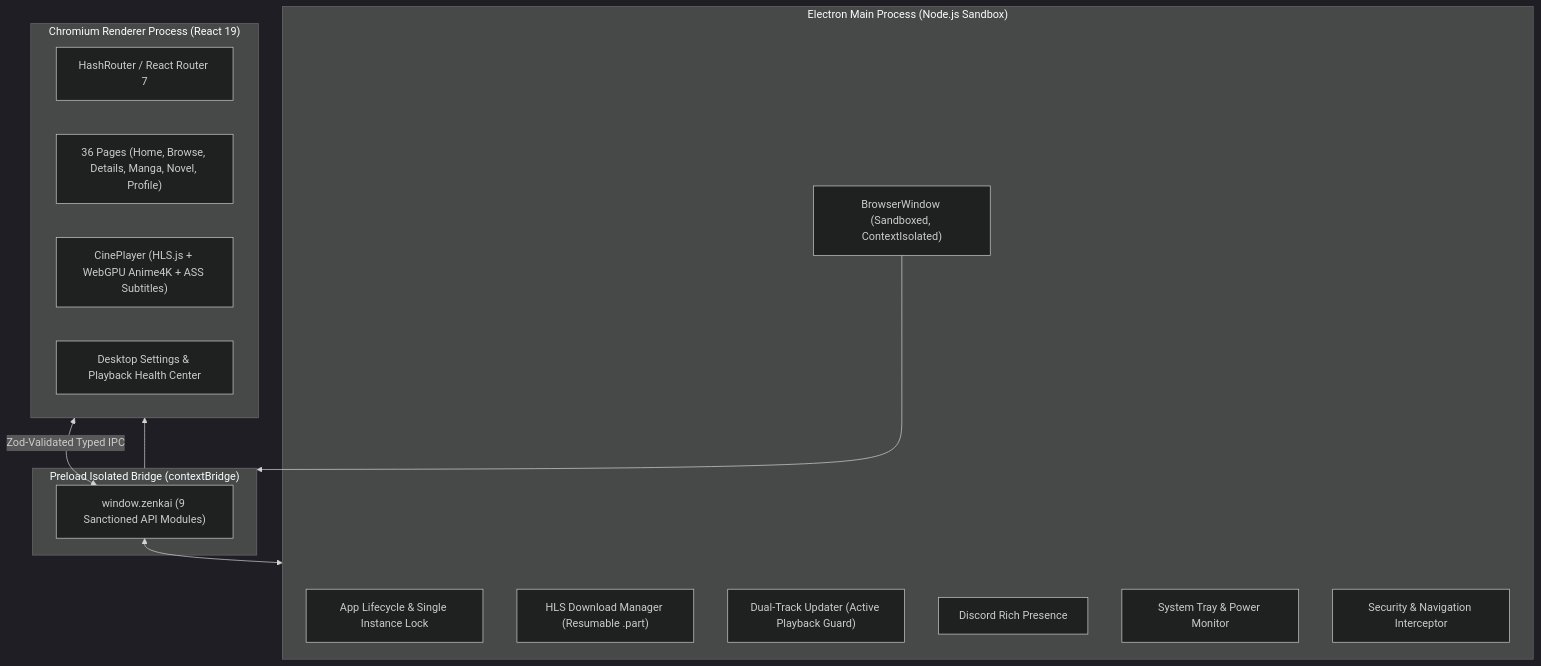
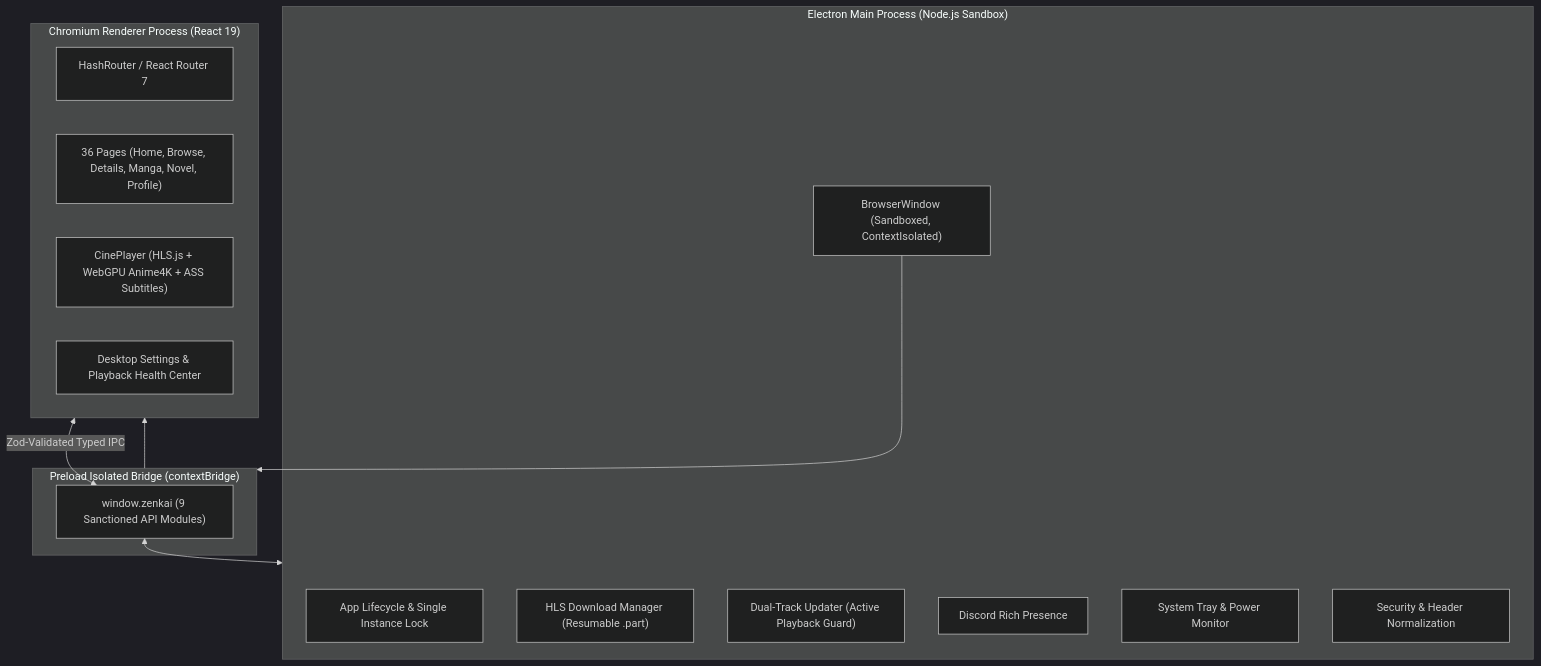
Before and after one commit to johan-droid/Zenkai-Desktop-: the second of 2 diagrams in README.md, drawn with Mermaid (dark theme). The commit also changed other lines of this file and 27 other files, not shown here.

````diff
--- a/README.md
+++ b/README.md
@@ -300,28 +376,28 @@
 ```mermaid
 flowchart TD
     subgraph Main_Process["Electron Main Process (Node.js Sandbox)"]
         APP["App Lifecycle & Single Instance Lock"]
         WIN["BrowserWindow (Sandboxed, ContextIsolated)"]
         DL["HLS Download Manager (Resumable .part)"]
         UP["Dual-Track Updater (Active Playback Guard)"]
         RPC["Discord Rich Presence"]
         TRAY["System Tray & Power Monitor"]
-        SEC["Security & Navigation Interceptor"]
+        SEC["Security & Header Normalization"]
     end
 
     subgraph Preload["Preload Isolated Bridge (contextBridge)"]
         BRIDGE["window.zenkai (9 Sanctioned API Modules)"]
     end
 
     subgraph Renderer["Chromium Renderer Process (React 19)"]
         ROUTER["HashRouter / React Router 7"]
         PAGES["36 Pages (Home, Browse, Details, Manga, Novel, Profile)"]
         CINE["CinePlayer (HLS.js + WebGPU Anime4K + ASS Subtitles)"]
         SETTINGS["Desktop Settings & Playback Health Center"]
     end
 
     WIN --> Preload
     Preload --> Renderer
     Renderer <-->|Zod-Validated Typed IPC| BRIDGE
     BRIDGE <--> Main_Process
 ```
````
